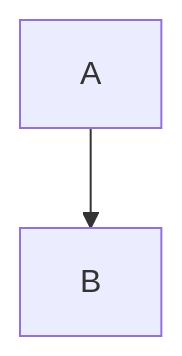
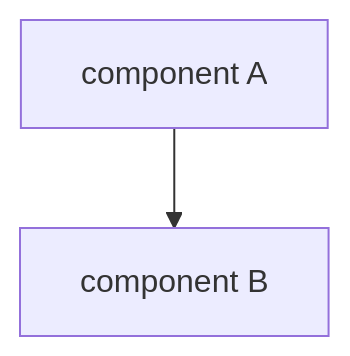
Before and after one commit to Fukuemon/kufu-apps: the first of 2 diagrams in templates/features/template.md, drawn with Mermaid. The commit also changed other lines of this file and 177 other files, not shown here.

````diff
--- a/templates/features/template.md
+++ b/templates/features/template.md
@@ -45,4 +47,4 @@
 ```mermaid
 flowchart TD
-    A --> B
+    A["component A"] --> B["component B"]
 ```
````
